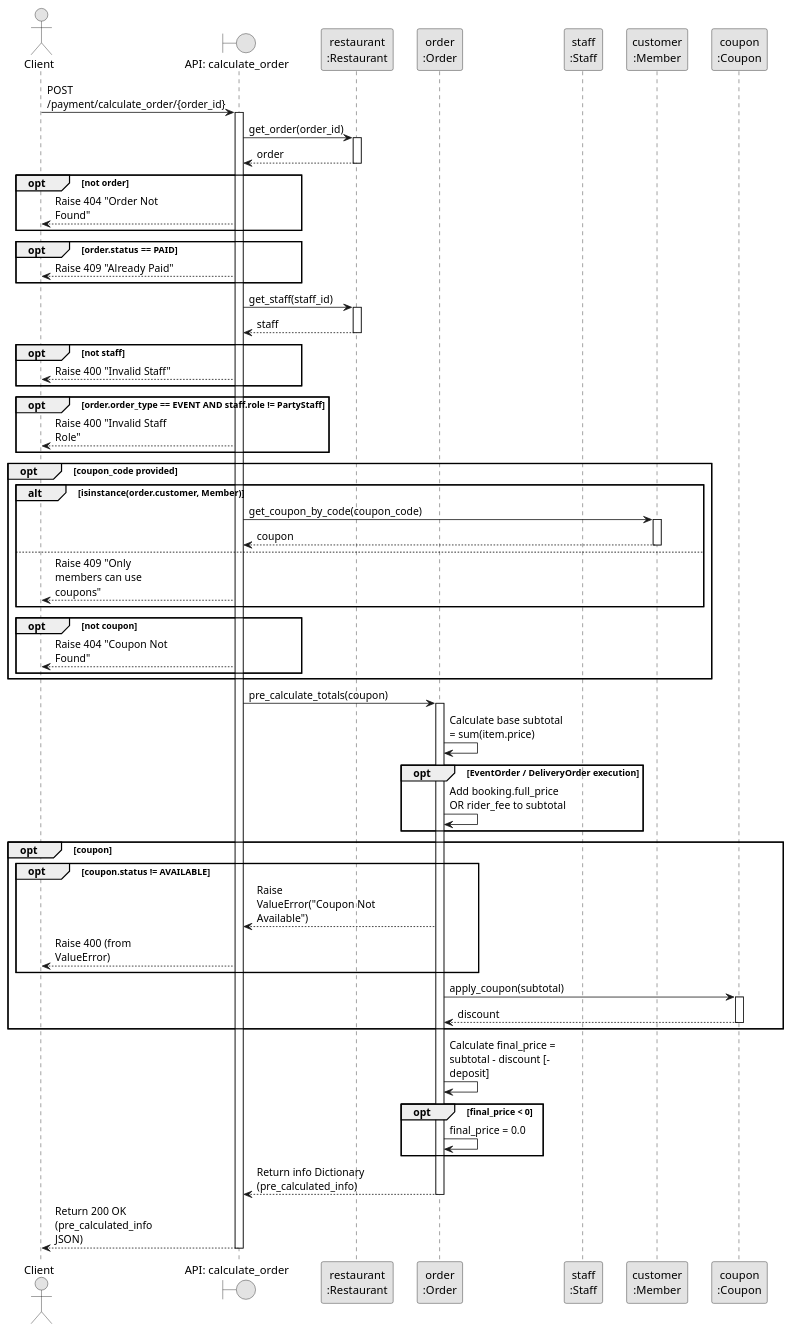
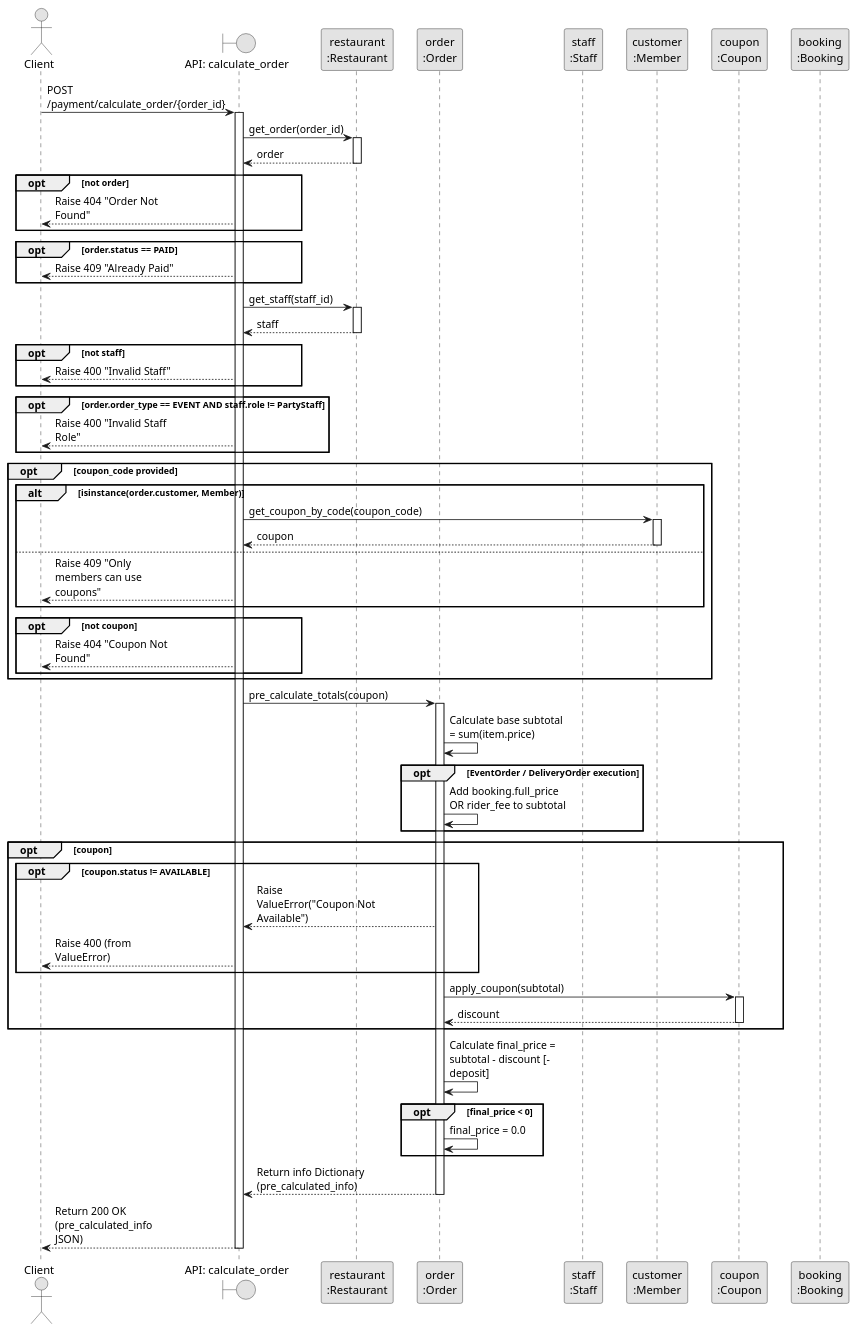
One commit to Telnwza/OOP changed the diagram in project_dev/sequence_calculate.puml. Above: the diagram before and after it, drawn with PlantUML. The commit also changed 3 other files, not shown here.

```diff
--- a/project_dev/sequence_calculate.puml
+++ b/project_dev/sequence_calculate.puml
@@ -1,97 +1,98 @@
 @startuml CalculateOrderSequence
 skinparam maxMessageSize 150
 skinparam ParticipantPadding 10
 skinparam BoxPadding 10
 skinparam monochrome true
 
 actor Client
 boundary "API: calculate_order" as API
 participant "restaurant\n:Restaurant" as Rest
 participant "order\n:Order" as Order
 participant "staff\n:Staff" as Staff
 participant "customer\n:Member" as Member
 participant "coupon\n:Coupon" as Coupon
+participant "booking\n:Booking" as Booking
 
 Client -> API : POST /payment/calculate_order/{order_id}
 activate API
 
 ' 1. Retrieve and Validate Order
 API -> Rest : get_order(order_id)
 activate Rest
 Rest --> API : order
 deactivate Rest
 
 opt not order
     API --> Client : Raise 404 "Order Not Found"
 end
 
 opt order.status == PAID
     API --> Client : Raise 409 "Already Paid"
 end
 
 ' 2. Retrieve and Validate Staff
 API -> Rest : get_staff(staff_id)
 activate Rest
 Rest --> API : staff
 deactivate Rest
 
 opt not staff
     API --> Client : Raise 400 "Invalid Staff"
 end
 
 opt order.order_type == EVENT AND staff.role != PartyStaff
     API --> Client : Raise 400 "Invalid Staff Role"
 end
 
 ' 3. Validate and Retrieve Coupon
 opt coupon_code provided
     alt isinstance(order.customer, Member)
         API -> Member : get_coupon_by_code(coupon_code)
         activate Member
         Member --> API : coupon
         deactivate Member
     else
         API --> Client : Raise 409 "Only members can use coupons"
     end
 
     opt not coupon
         API --> Client : Raise 404 "Coupon Not Found"
     end
 end
 
 ' 4. Pre-Calculation Phase
 API -> Order : pre_calculate_totals(coupon)
 activate Order
 
 Order -> Order : Calculate base subtotal = sum(item.price)
 
 ' Polymorphic behavior for specific order types (e.g., EventOrder, DeliveryOrder)
 opt EventOrder / DeliveryOrder execution
     Order -> Order : Add booking.full_price OR rider_fee to subtotal
 end
 
 opt coupon
     opt coupon.status != AVAILABLE
         Order --> API : Raise ValueError("Coupon Not Available")
         API --> Client : Raise 400 (from ValueError)
     end
     
     Order -> Coupon : apply_coupon(subtotal)
     activate Coupon
     Coupon --> Order : discount
     deactivate Coupon
 end
 
 Order -> Order : Calculate final_price = subtotal - discount [- deposit]
 opt final_price < 0
     Order -> Order : final_price = 0.0
 end
 
 Order --> API : Return info Dictionary (pre_calculated_info)
 deactivate Order
 
 ' 5. Return Response
 API --> Client : Return 200 OK (pre_calculated_info JSON)
 
 deactivate API
 @enduml
```
